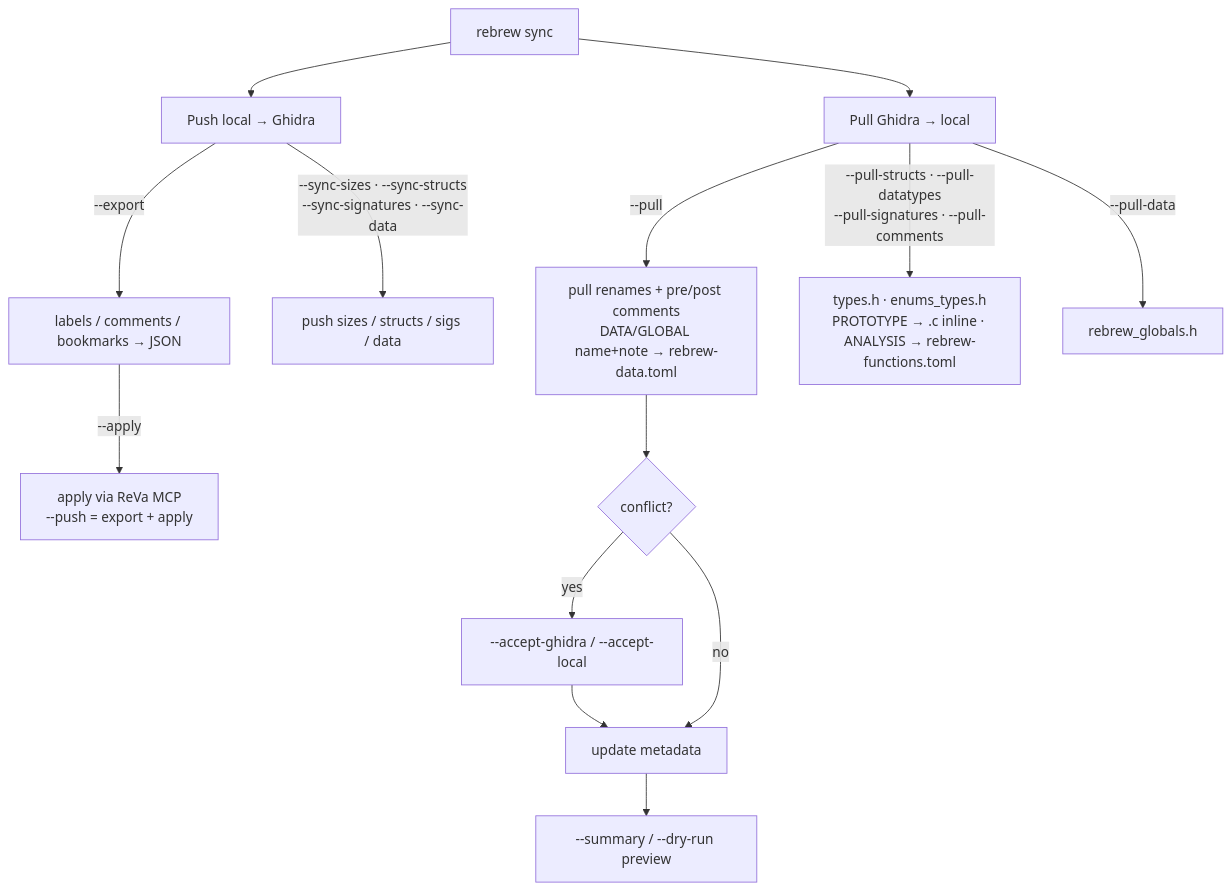
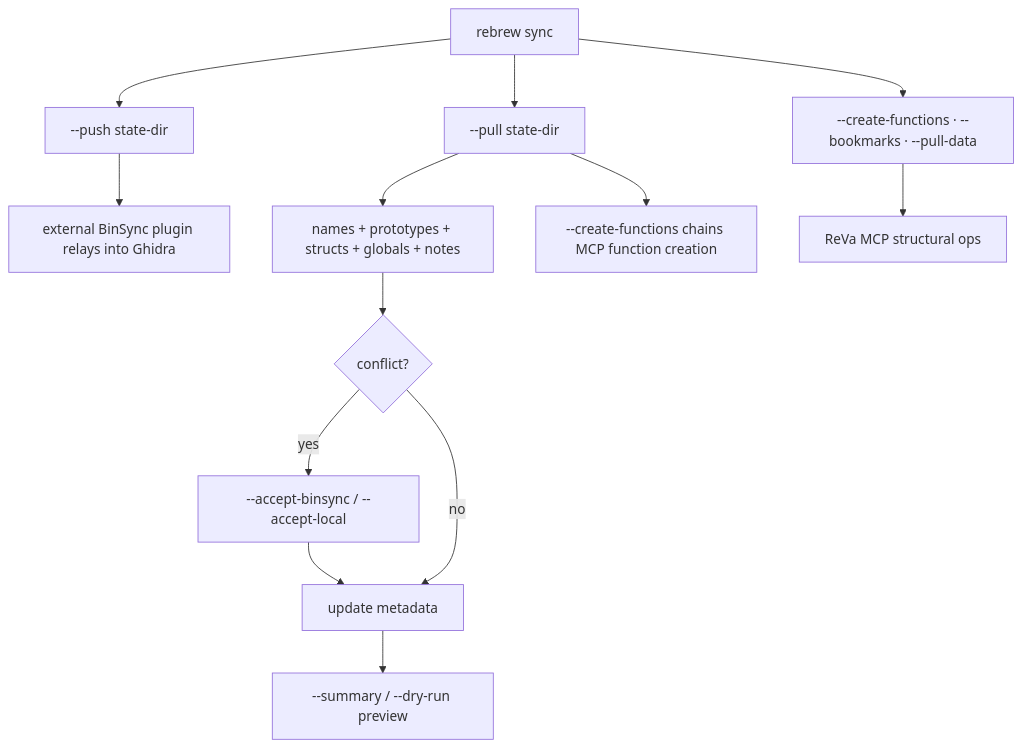
One commit to maci0/rebrew changed the diagram in docs/GHIDRA_SYNC.md. Above: the diagram before and after it, drawn with Mermaid. The commit also changed other lines of this file and 7 other files, not shown here.

First line of the commit message:
track 4: sync fidelity (structs/notes/types import, gates, manifest, docs)

````diff
--- a/docs/GHIDRA_SYNC.md
+++ b/docs/GHIDRA_SYNC.md
@@ -8,16 +14,15 @@
 ```mermaid
 graph TD
-    Sync[rebrew sync] --> Push[Push local → Ghidra]
-    Push -->|--export| Json[labels / comments / bookmarks → JSON]
-    Json -->|--apply| MCP[apply via ReVa MCP<br/>--push = export + apply]
-    Push -->|--sync-sizes · --sync-structs<br/>--sync-signatures · --sync-data| DTM[push sizes / structs / sigs / data]
-    Sync --> Pull[Pull Ghidra → local]
-    Pull -->|--pull| Renames[pull renames + pre/post comments<br/>DATA/GLOBAL name+note → rebrew-data.toml]
-    Pull -->|--pull-structs · --pull-datatypes<br/>--pull-signatures · --pull-comments| Headers[types.h · enums_types.h<br/>PROTOTYPE → .c inline · ANALYSIS → rebrew-functions.toml]
-    Pull -->|--pull-data| GlobalsH[rebrew_globals.h]
-    Renames --> Conflict{conflict?}
-    Conflict -->|yes| Decide[--accept-ghidra / --accept-local]
+    Sync[rebrew sync] --> Push[--push state-dir]
+    Push --> Relay[external BinSync plugin relays into Ghidra]
+    Sync --> Pull[--pull state-dir]
+    Pull --> Names[names + prototypes + structs + globals + notes]
+    Pull --> Create[--create-functions chains MCP function creation]
+    Sync --> Struct[--create-functions · --bookmarks · --pull-data]
+    Struct --> MCP[ReVa MCP structural ops]
+    Names --> Conflict{conflict?}
+    Conflict -->|yes| Decide[--accept-binsync / --accept-local]
     Decide --> Update[update metadata]
     Conflict -->|no| Update
     Update --> Summary[--summary / --dry-run preview]
 ```
````
